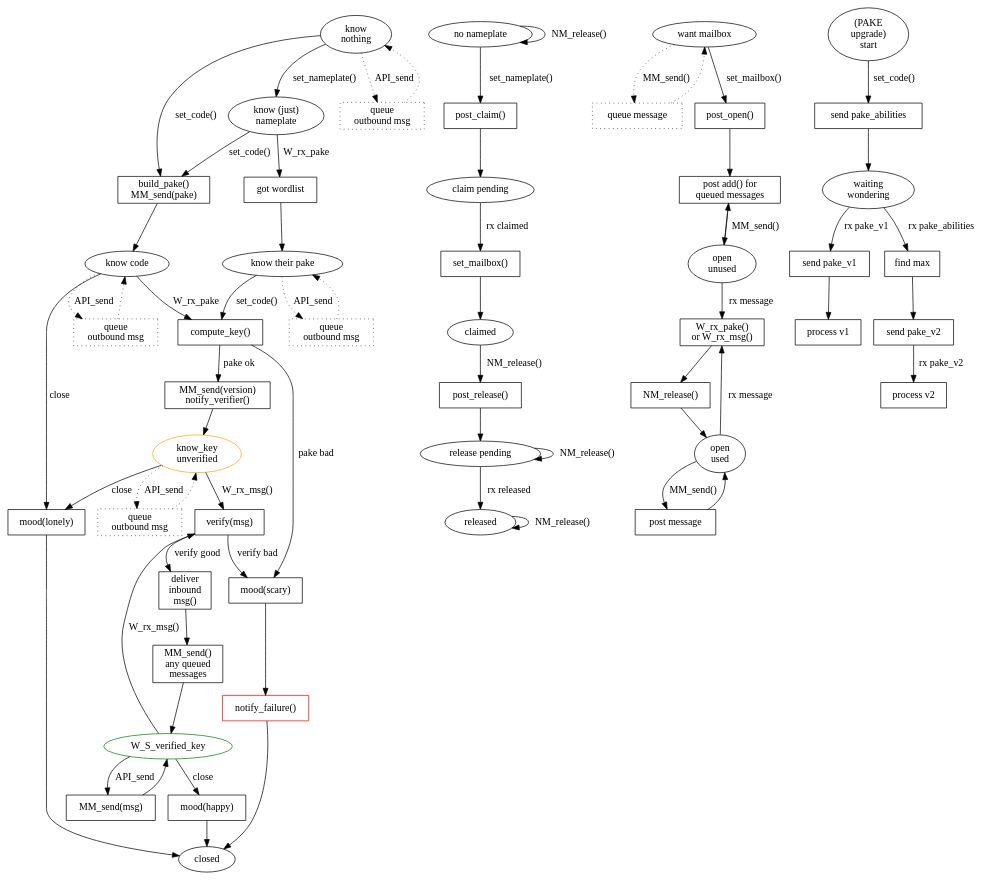
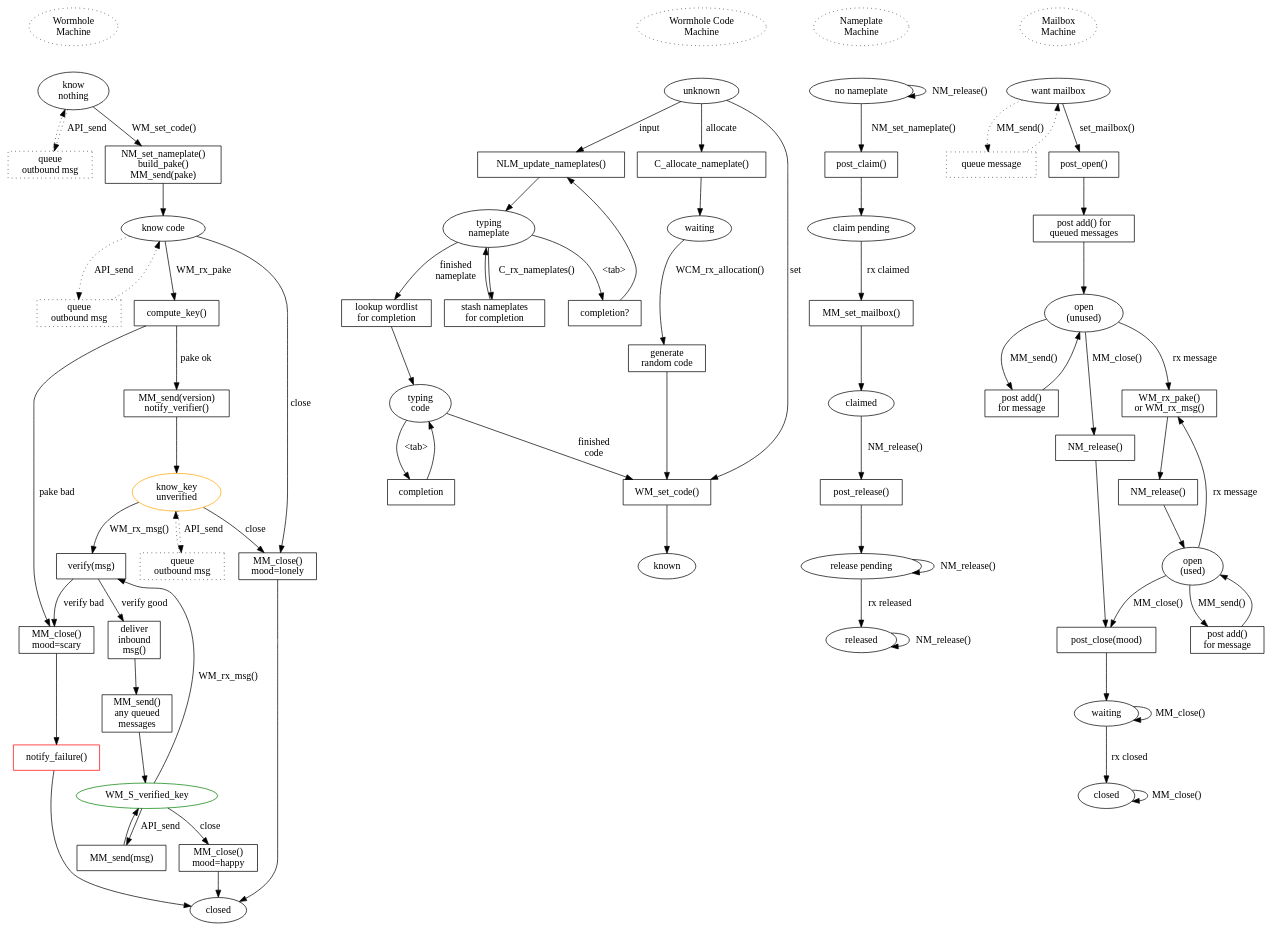
Before and after one commit to magic-wormhole/magic-wormhole: the diagram in docs/w.dot, drawn with Graphviz.

Commit message:
more diagram work

```diff
--- a/docs/w.dot
+++ b/docs/w.dot
@@ -1,72 +1,134 @@
 digraph {
-        W_S_nothing [label="know\nnothing"]
-        W_S_nothing -> W_S_know_nameplate [label="set_nameplate()"]
-        W_S_know_nameplate [label="know (just)\nnameplate"]
+        /* could shave a RTT by committing to the nameplate early, before
+        finishing the rest of the code input. While the user is still
+        typing/completing the code, we claim the nameplate, open the mailbox,
+        and retrieve the peer's PAKE message. Then as soon as the user
+        finishes entering the code, we build our own PAKE message, send PAKE,
+        compute the key, send VERSION. Starting from the Return, this saves
+        two round trips. OTOH it adds consequences to hitting Tab. */
 
-        W_P_build_and_post_pake [label="build_pake()\nMM_send(pake)" shape="box"]
-        W_S_know_code [label="know code\n"]
-        W_P_compute_key [label="compute_key()" shape="box"]
-        W_P_post_version [label="MM_send(version)\nnotify_verifier()" shape="box"]
-        W_S_know_key [label="know_key\nunverified" color="orange"]
-        W_P_verify [label="verify(msg)" shape="box"]
-        W_P_accept_msg [label="deliver\ninbound\nmsg()" shape="box"]
-        W_S_verified_key [color="green"]
-        W_P_mood_scary [shape="box" label="mood(scary)"]
-        W_P_notify_failure [shape="box" label="notify_failure()" color="red"]
-        W_P_mood_happy [shape="box" label="mood(happy)"]
-        W_S_closed [label="closed"]
-        W_P_mood_lonely [shape="box" label="mood(lonely)"]
-        W_P_queue1 [shape="box" style="dotted" label="queue\noutbound msg"]
-        W_P_queue2 [shape="box" style="dotted" label="queue\noutbound msg"]
-        W_P_queue3 [shape="box" style="dotted" label="queue\noutbound msg"]
-        W_P_queue4 [shape="box" style="dotted" label="queue\noutbound msg"]
-        W_P_send [shape="box" label="MM_send(msg)"]
-        W_P_send_queued [shape="box" label="MM_send()\nany queued\nmessages"]
+        WM_start [label="Wormhole\nMachine" style="dotted"]
+        WM_start -> WM_S_nothing [style="invis"]
 
-        W_S_nothing -> W_P_build_and_post_pake [label="set_code()"]
-        W_S_nothing -> W_P_queue1 [label="API_send" style="dotted"]
-        W_P_queue1 -> W_S_nothing [style="dotted"]
-        W_S_know_nameplate -> W_P_got_pakeinfo [label="W_rx_pake"]
-        W_S_know_nameplate -> W_P_build_and_post_pake [label="set_code()"]
-        W_P_got_pakeinfo [shape="box" label="got wordlist"]
-        W_P_got_pakeinfo -> W_S_know_pake2
-        W_S_know_pake2 [label="know their pake"]
-        W_S_know_pake2 -> W_P_compute_key [label="set_code()"]
-        W_S_know_pake2 -> W_P_queue4 [label="API_send" style="dotted"]
-        W_P_queue4 -> W_S_know_pake2 [style="dotted"]
-        W_P_build_and_post_pake -> W_S_know_code
-        W_S_know_code -> W_P_compute_key [label="W_rx_pake"]
-        W_S_know_code -> W_P_queue2 [label="API_send" style="dotted"]
-        W_P_queue2 -> W_S_know_code [style="dotted"]
-        W_P_compute_key -> W_P_post_version [label="pake ok"]
-        W_P_post_version -> W_S_know_key
-        W_P_compute_key -> W_P_mood_scary [label="pake bad"]
-        W_P_mood_scary -> W_P_notify_failure
-        W_P_notify_failure -> W_S_closed
-        W_S_know_key -> W_P_verify [label="W_rx_msg()"] /* version or phase */
-        W_S_know_key -> W_P_mood_lonely [label="close"] /* more like impatient */
-        W_S_know_key -> W_P_queue3 [label="API_send" style="dotted"]
-        W_P_queue3 -> W_S_know_key [style="dotted"]
-        W_P_verify -> W_P_accept_msg [label="verify good"]
-        W_P_accept_msg -> W_P_send_queued
-        W_P_send_queued -> W_S_verified_key
-        W_P_verify -> W_P_mood_scary [label="verify bad"]
-        W_S_verified_key -> W_P_verify [label="W_rx_msg()"] /* probably phase */
-        W_S_verified_key -> W_P_mood_happy [label="close"]
-        W_P_mood_happy -> W_S_closed
-        W_S_verified_key -> W_P_send [label="API_send"]
-        W_P_send -> W_S_verified_key
-        W_S_know_code -> W_P_mood_lonely [label="close"]
-        W_P_mood_lonely -> W_S_closed
+        WM_S_nothing [label="know\nnothing"]
+        WM_S_nothing -> WM_P_queue1 [label="API_send" style="dotted"]
+        WM_P_queue1 [shape="box" style="dotted" label="queue\noutbound msg"]
+        WM_P_queue1 -> WM_S_nothing [style="dotted"]
+        WM_S_nothing -> WM_P_build_and_post_pake [label="WM_set_code()"]
 
+        WM_P_build_and_post_pake [label="NM_set_nameplate()\nbuild_pake()\nMM_send(pake)" shape="box"]
+        WM_P_build_and_post_pake -> WM_S_know_code
+
+        WM_S_know_code [label="know code\n"]
+        WM_S_know_code -> WM_P_queue2 [label="API_send" style="dotted"]
+        WM_P_queue2 [shape="box" style="dotted" label="queue\noutbound msg"]
+        WM_P_queue2 -> WM_S_know_code [style="dotted"]
+        WM_S_know_code -> WM_P_compute_key [label="WM_rx_pake"]
+        WM_S_know_code -> WM_P_mood_lonely [label="close"]
+
+        WM_P_compute_key [label="compute_key()" shape="box"]
+        WM_P_compute_key -> WM_P_post_version [label="pake ok"]
+        WM_P_compute_key -> WM_P_mood_scary [label="pake bad"]
+
+        WM_P_mood_scary [shape="box" label="MM_close()\nmood=scary"]
+        WM_P_mood_scary -> WM_P_notify_failure
+
+        WM_P_notify_failure [shape="box" label="notify_failure()" color="red"]
+        WM_P_notify_failure -> WM_S_closed
+
+        WM_P_post_version [label="MM_send(version)\nnotify_verifier()" shape="box"]
+        WM_P_post_version -> WM_S_know_key
+
+        WM_S_know_key [label="know_key\nunverified" color="orange"]
+        WM_S_know_key -> WM_P_queue3 [label="API_send" style="dotted"]
+        WM_P_queue3 [shape="box" style="dotted" label="queue\noutbound msg"]
+        WM_P_queue3 -> WM_S_know_key [style="dotted"]
+        WM_S_know_key -> WM_P_verify [label="WM_rx_msg()"] /* version or phase */
+        WM_S_know_key -> WM_P_mood_lonely [label="close"] /* more like impatient */
+
+        WM_P_verify [label="verify(msg)" shape="box"]
+        WM_P_verify -> WM_P_accept_msg [label="verify good"]
+        WM_P_verify -> WM_P_mood_scary [label="verify bad"]
+
+        WM_P_accept_msg [label="deliver\ninbound\nmsg()" shape="box"]
+        WM_P_accept_msg -> WM_P_send_queued
+
+        WM_P_send_queued [shape="box" label="MM_send()\nany queued\nmessages"]
+        WM_P_send_queued -> WM_S_verified_key
+
+        WM_S_verified_key [color="green"]
+        WM_S_verified_key -> WM_P_verify [label="WM_rx_msg()"] /* probably phase */
+        WM_S_verified_key -> WM_P_mood_happy [label="close"]
+        WM_S_verified_key -> WM_P_send [label="API_send"]
+
+        WM_P_mood_happy [shape="box" label="MM_close()\nmood=happy"]
+        WM_P_mood_happy -> WM_S_closed
+
+        WM_P_mood_lonely [shape="box" label="MM_close()\nmood=lonely"]
+        WM_P_mood_lonely -> WM_S_closed
+
+        WM_P_send [shape="box" label="MM_send(msg)"]
+        WM_P_send -> WM_S_verified_key
+
+        WM_S_closed [label="closed"]
+
+
+        WCM_start [label="Wormhole Code\nMachine" style="dotted"]
+        WCM_start -> WCM_S_unknown [style="invis"]
+        WCM_S_unknown [label="unknown"]
+        WCM_S_unknown -> WCM_P_set_code [label="set"]
+        WCM_P_set_code [shape="box" label="WM_set_code()"]
+        WCM_P_set_code -> WCM_S_known
+        WCM_S_known [label="known"]
+
+        WCM_S_unknown -> WCM_P_list_nameplates [label="input"]
+        WCM_S_typing_nameplate [label="typing\nnameplate"]
+
+        WCM_S_typing_nameplate -> WCM_P_nameplate_completion [label="<tab>"]
+        WCM_P_nameplate_completion [shape="box" label="completion?"]
+        WCM_P_nameplate_completion -> WCM_P_list_nameplates
+        WCM_P_list_nameplates [shape="box" label="NLM_update_nameplates()"]
+        WCM_P_list_nameplates -> WCM_S_typing_nameplate
+
+        WCM_S_typing_nameplate -> WCM_P_got_nameplates [label="C_rx_nameplates()"]
+        WCM_P_got_nameplates [shape="box" label="stash nameplates\nfor completion"]
+        WCM_P_got_nameplates -> WCM_S_typing_nameplate
+        WCM_S_typing_nameplate -> WCM_P_finish_nameplate [label="finished\nnameplate"]
+        WCM_P_finish_nameplate [shape="box" label="lookup wordlist\nfor completion"]
+        WCM_P_finish_nameplate -> WCM_S_typing_code
+        WCM_S_typing_code [label="typing\ncode"]
+        WCM_S_typing_code -> WCM_P_code_completion [label="<tab>"]
+        WCM_P_code_completion [shape="box" label="completion"]
+        WCM_P_code_completion -> WCM_S_typing_code
+
+        WCM_S_typing_code -> WCM_P_set_code [label="finished\ncode"]
+
+        WCM_S_unknown -> WCM_P_allocate [label="allocate"]
+        WCM_P_allocate [shape="box" label="C_allocate_nameplate()"]
+        WCM_P_allocate -> WCM_S_allocate_waiting
+        WCM_S_allocate_waiting [label="waiting"]
+        WCM_S_allocate_waiting -> WCM_P_allocate_generate [label="WCM_rx_allocation()"]
+        WCM_P_allocate_generate [shape="box" label="generate\nrandom code"]
+        WCM_P_allocate_generate -> WCM_P_set_code
+
+        /* ConnectionMachine */
+        /*WCM_S_known -> CM_start [style="invis"]
+        CM_start [label="Connection\nMachine" style="dotted"]
+        CM_start -> CM_S_neither [style="invis"]
+        CM_S_neither [label="neither"]*/
+        
+        
+        
+        NM_start [label="Nameplate\nMachine" style="dotted"]
+        NM_start -> NM_S_unclaimed [style="invis"]
         NM_S_unclaimed [label="no nameplate"]
         NM_S_unclaimed -> NM_S_unclaimed [label="NM_release()"]
         NM_P_set_nameplate [shape="box" label="post_claim()"]
-        NM_S_unclaimed -> NM_P_set_nameplate [label="set_nameplate()"]
+        NM_S_unclaimed -> NM_P_set_nameplate [label="NM_set_nameplate()"]
         NM_S_claiming [label="claim pending"]
         NM_P_set_nameplate -> NM_S_claiming
         NM_S_claiming -> NM_P_rx_claimed [label="rx claimed"]
-        NM_P_rx_claimed [label="set_mailbox()" shape="box"]
+        NM_P_rx_claimed [label="MM_set_mailbox()" shape="box"]
         NM_P_rx_claimed -> NM_S_claimed
         NM_S_claimed [label="claimed"]
         NM_S_claimed -> NM_P_release [label="NM_release()"]
@@ -78,7 +140,9 @@
         NM_S_released [label="released"]
         NM_S_released -> NM_S_released [label="NM_release()"]
 
-        
+
+        MM_start [label="Mailbox\nMachine" style="dotted"]
+        MM_start -> MM_S_want_mailbox [style="invis"]
         MM_S_want_mailbox [label="want mailbox"]
         MM_S_want_mailbox -> MM_P_queue1 [label="MM_send()" style="dotted"]
         MM_P_queue1 [shape="box" style="dotted" label="queue message"]
@@ -88,21 +152,36 @@
         MM_P_send_queued [shape="box" label="post add() for\nqueued messages"]
         MM_P_open_mailbox -> MM_P_send_queued
         MM_P_send_queued -> MM_S_open
-        MM_S_open [label="open\nunused"]
-        MM_S_open -> MM_P_send_queued [label="MM_send()"]
+        MM_S_open [label="open\n(unused)"]
+        MM_S_open -> MM_P_send1 [label="MM_send()"]
+        MM_P_send1 [shape="box" label="post add()\nfor message"]
+        MM_P_send1 -> MM_S_open
+        MM_S_open -> MM_P_release1 [label="MM_close()"]
+        MM_P_release1 [shape="box" label="NM_release()"]
+        MM_P_release1 -> MM_P_close
 
         MM_S_open -> MM_P_rx [label="rx message"]
-        MM_P_rx [shape="box" label="W_rx_pake()\nor W_rx_msg()"]
-        MM_P_rx -> MM_P_release
-        MM_P_release [shape="box" label="NM_release()"]
-        MM_P_release -> MM_S_used
-        MM_S_used [label="open\nused"]
+        MM_P_rx [shape="box" label="WM_rx_pake()\nor WM_rx_msg()"]
+        MM_P_rx -> MM_P_release2
+        MM_P_release2 [shape="box" label="NM_release()"]
+        MM_P_release2 -> MM_S_used
+        MM_S_used [label="open\n(used)"]
         MM_S_used -> MM_P_rx [label="rx message"]
-        MM_S_used -> MM_P_send [label="MM_send()"]
-        MM_P_send [shape="box" label="post message"]
-        MM_P_send -> MM_S_used
+        MM_S_used -> MM_P_send2 [label="MM_send()"]
+        MM_P_send2 [shape="box" label="post add()\nfor message"]
+        MM_P_send2 -> MM_S_used
+        MM_S_used -> MM_P_close [label="MM_close()"]
+        MM_P_close [shape="box" label="post_close(mood)"]
+        MM_P_close -> MM_S_closing
+        MM_S_closing [label="waiting"]
+        MM_S_closing -> MM_S_closing [label="MM_close()"]
+        MM_S_closing -> MM_S_closed [label="rx closed"]
+        MM_S_closed [label="closed"]
+        MM_S_closed -> MM_S_closed [label="MM_close()"]
 
-        /* upgrading to new PAKE algorithm */
+        /* upgrading to new PAKE algorithm, the slower form (the faster form
+        puts the pake_abilities record in the nameplate_info message) */
+        /*
         P2_start [label="(PAKE\nupgrade)\nstart"]
         P2_start -> P2_P_send_abilities [label="set_code()"]
         P2_P_send_abilities [shape="box" label="send pake_abilities"]
@@ -119,4 +198,5 @@
         P2_P_send_pakev2 [shape="box" label="send pake_v2"]
         P2_P_send_pakev2 -> P2_P_process_v2 [label="rx pake_v2"]
         P2_P_process_v2 [shape="box" label="process v2"]
+        */
 }
```
